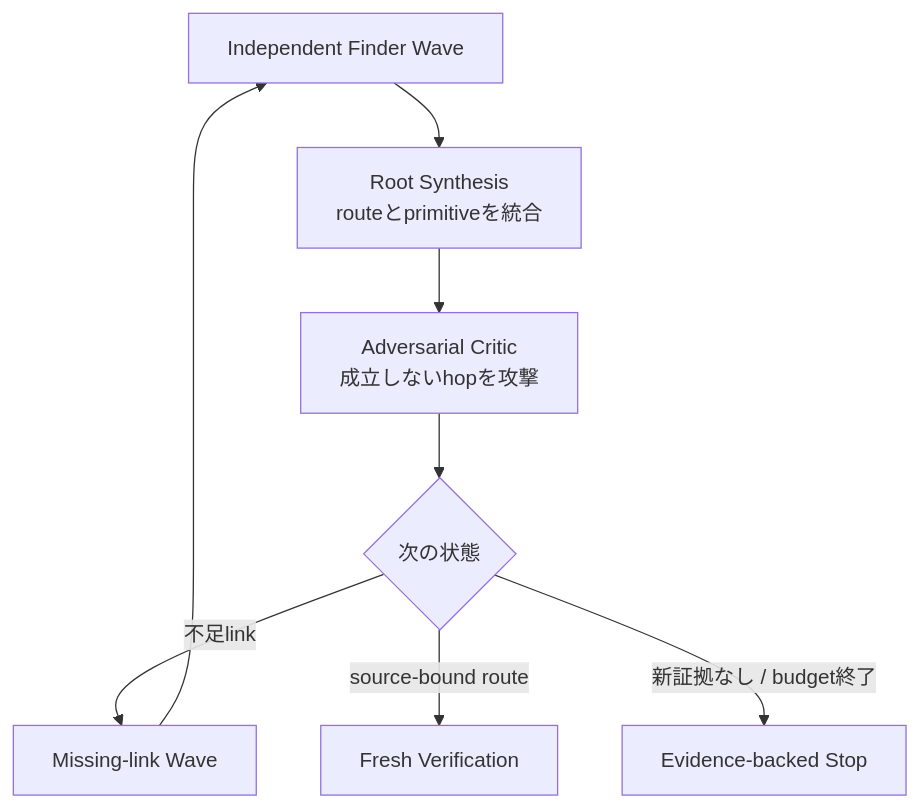
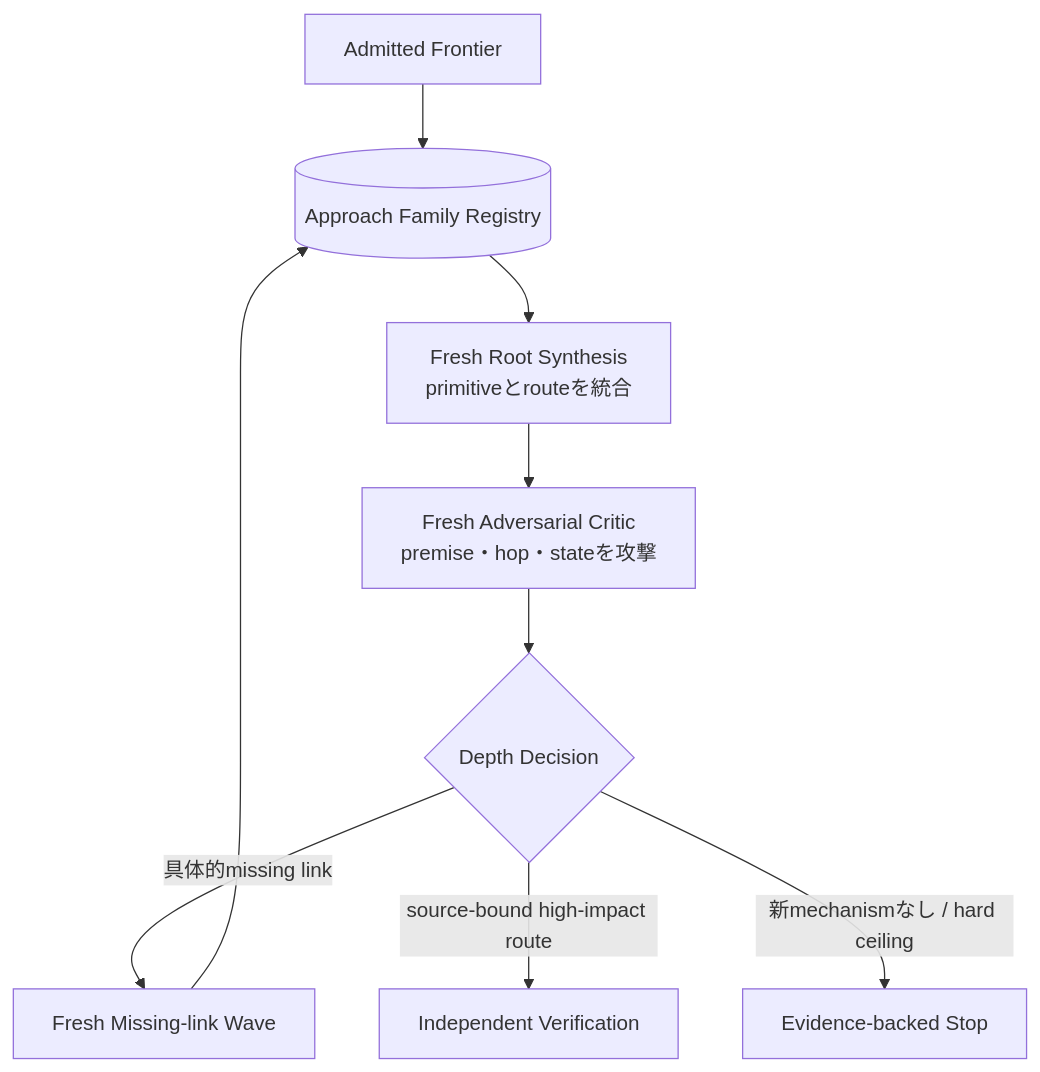
One commit to momoponwork1415-lgtm/wordpress-harness changed the fourth of 4 diagrams in docs/design/architecture/autonomous-research-loop.md. Above: the diagram before and after it, drawn with Mermaid. The commit also changed other lines of this file, not shown here.

````diff
--- a/docs/design/architecture/autonomous-research-loop.md
+++ b/docs/design/architecture/autonomous-research-loop.md
@@ -87,15 +92,16 @@
 ```mermaid
 flowchart TB
-    wave["Independent Finder Wave"]
-    synthesis["Root Synthesis<br/>routeとprimitiveを統合"]
-    critic["Adversarial Critic<br/>成立しないhopを攻撃"]
-    decision{"次の状態"}
-    missing["Missing-link Wave"]
-    verify["Fresh Verification"]
+    frontier["Admitted Frontier"]
+    registry[("Approach Family Registry")]
+    synthesis["Fresh Root Synthesis<br/>primitiveとrouteを統合"]
+    critic["Fresh Adversarial Critic<br/>premise・hop・stateを攻撃"]
+    decision{"Depth Decision"}
+    missing["Fresh Missing-link Wave"]
+    verify["Independent Verification"]
     stop["Evidence-backed Stop"]
 
-    wave --> synthesis --> critic --> decision
-    decision -->|"不足link"| missing --> wave
-    decision -->|"source-bound route"| verify
-    decision -->|"新証拠なし / budget終了"| stop
+    frontier --> registry --> synthesis --> critic --> decision
+    decision -->|"具体的missing link"| missing --> registry
+    decision -->|"source-bound high-impact route"| verify
+    decision -->|"新mechanismなし / hard ceiling"| stop
 ```
````
